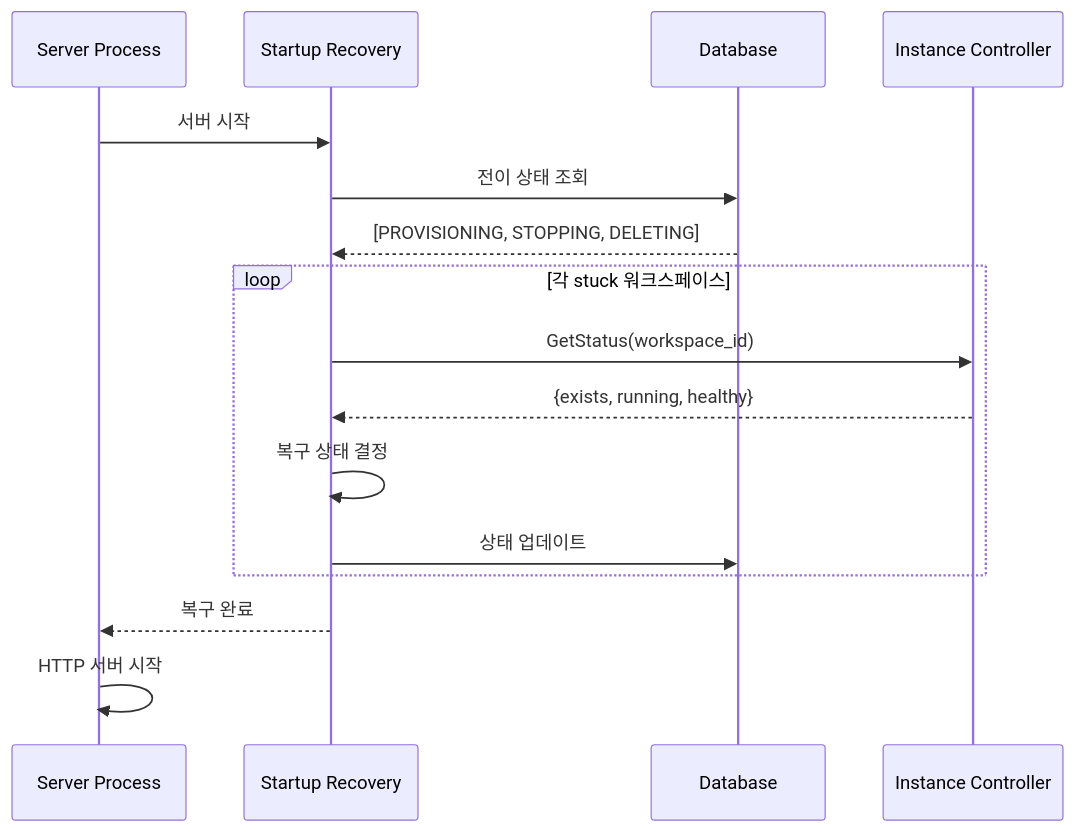
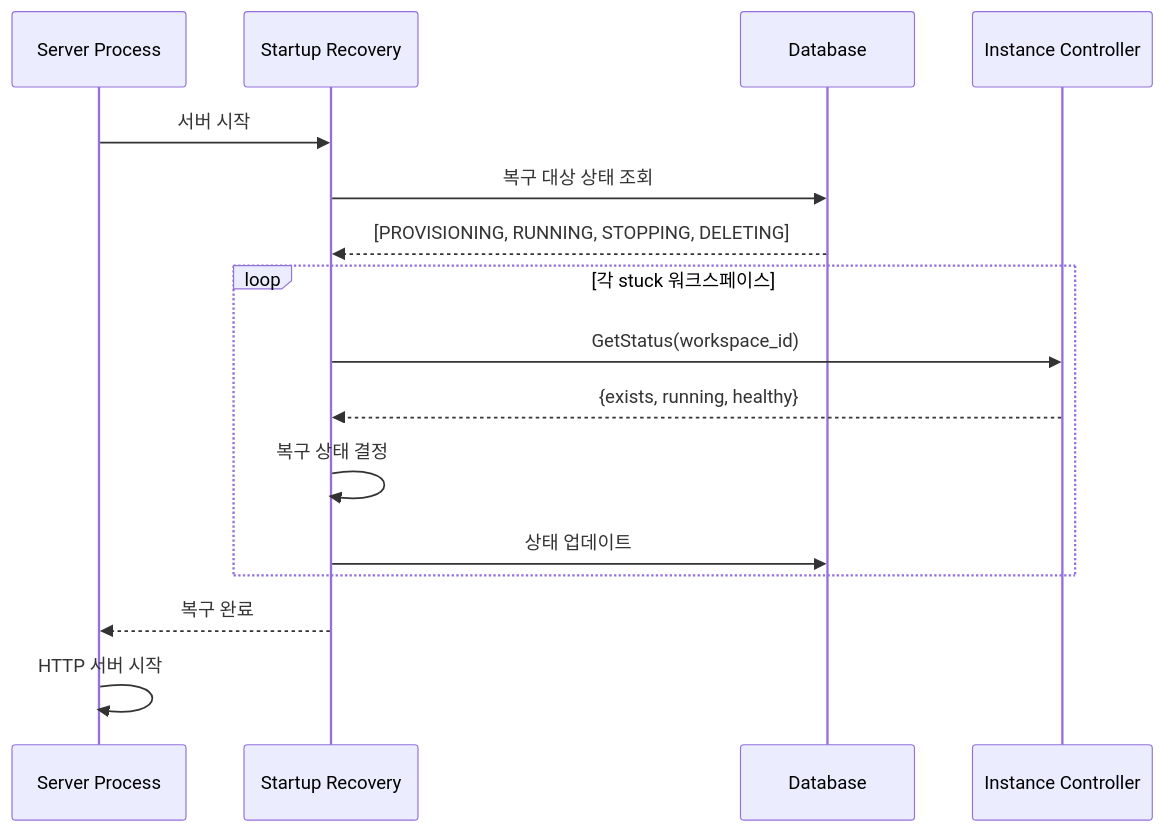
One commit to cagojeiger/code-hub changed the tenth of 12 diagrams in docs/architecture.md. Above: the diagram before and after it, drawn with Mermaid. The commit also changed other lines of this file and 1 other file, not shown here.

````diff
--- a/docs/architecture.md
+++ b/docs/architecture.md
@@ -339,21 +344,21 @@
 ```mermaid
 sequenceDiagram
     participant S as Server Process
     participant SR as Startup Recovery
     participant DB as Database
     participant IC as Instance Controller
 
     S->>SR: 서버 시작
-    SR->>DB: 전이 상태 조회
-    DB-->>SR: [PROVISIONING, STOPPING, DELETING]
+    SR->>DB: 복구 대상 상태 조회
+    DB-->>SR: [PROVISIONING, RUNNING, STOPPING, DELETING]
 
     loop 각 stuck 워크스페이스
         SR->>IC: GetStatus(workspace_id)
         IC-->>SR: {exists, running, healthy}
         SR->>SR: 복구 상태 결정
         SR->>DB: 상태 업데이트
     end
 
     SR-->>S: 복구 완료
     S->>S: HTTP 서버 시작
 ```
````
